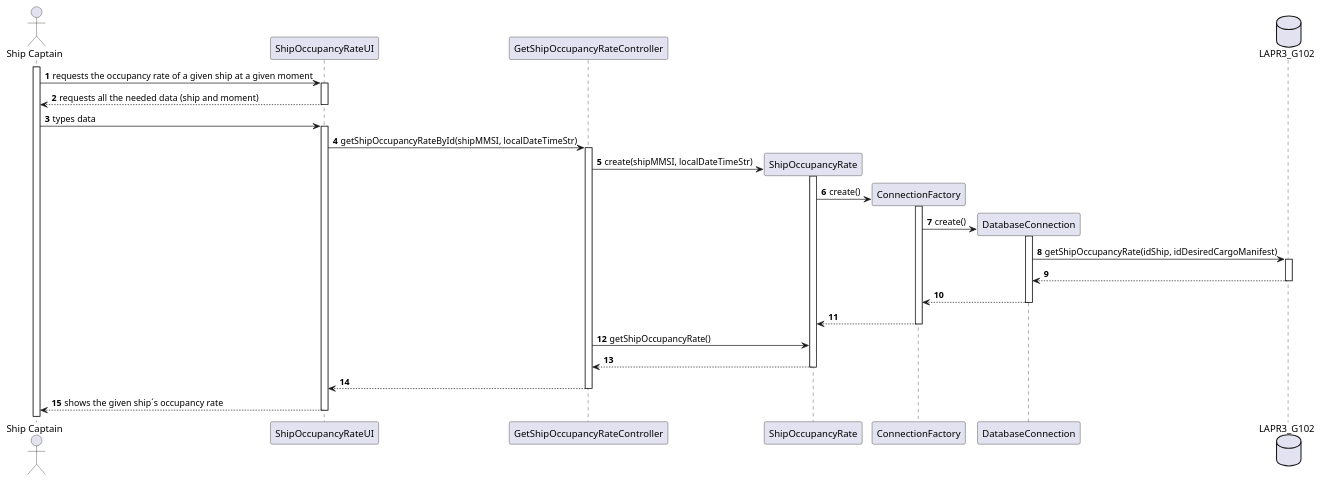
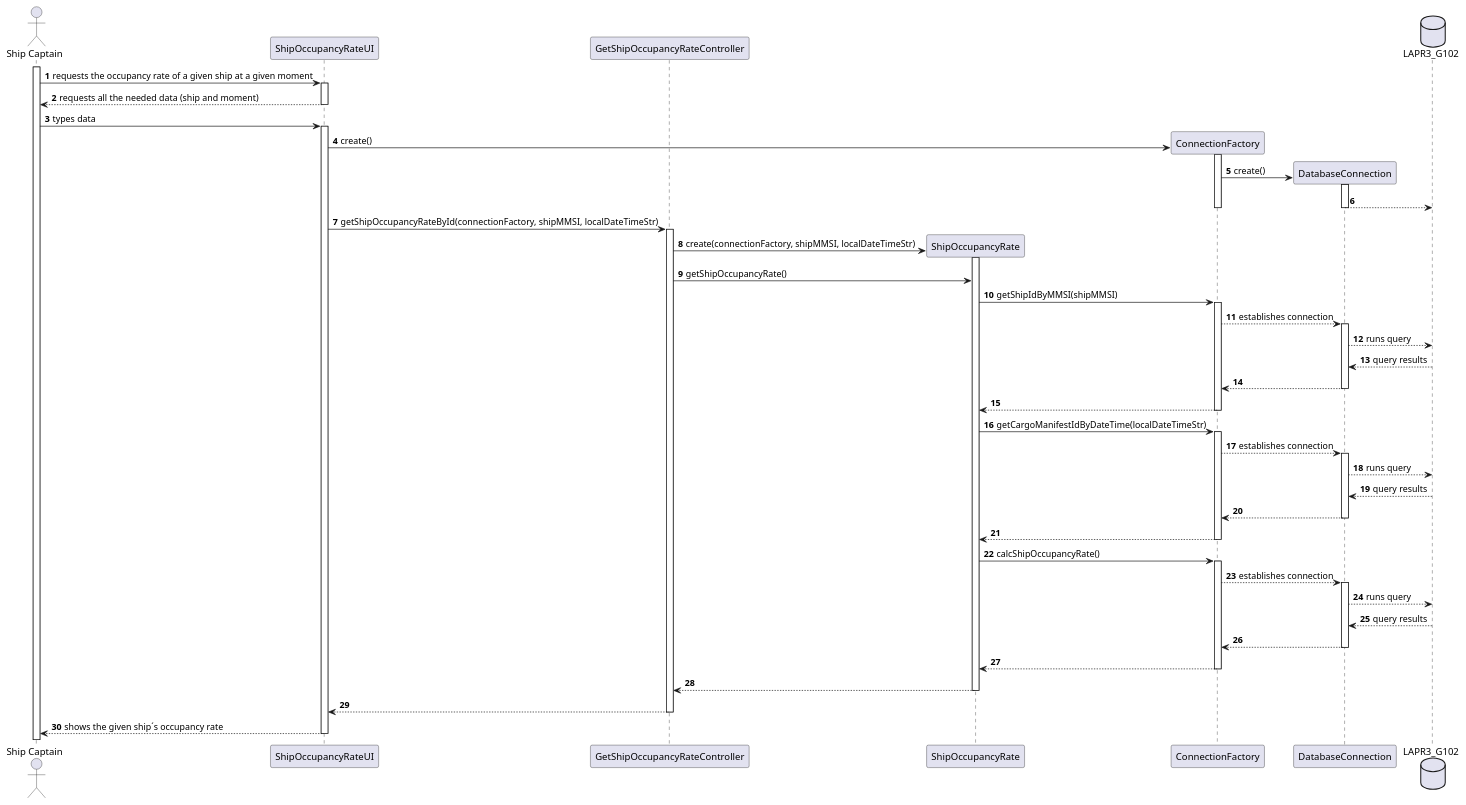
Before and after one commit to mpoboas/lapr3-2021-g102: the diagram in docs/Sprint2/US209/US209_SD.puml, drawn with PlantUML. The commit also changed 1 other file, not shown here.

```diff
--- a/docs/Sprint2/US209/US209_SD.puml
+++ b/docs/Sprint2/US209/US209_SD.puml
@@ -1,46 +1,76 @@
 @startuml
 autonumber
 'hide footbox
 
 actor "Ship Captain" as SC
 
 participant "ShipOccupancyRateUI" as UI
 participant "GetShipOccupancyRateController" as CTRL
 participant "ShipOccupancyRate" as SHIPOCCRATE
 participant ConnectionFactory as CF
 participant DatabaseConnection as DC
 database LAPR3_G102 as DB
 
 activate SC
 SC -> UI : requests the occupancy rate of a given ship at a given moment
 activate UI
 UI --> SC : requests all the needed data (ship and moment)
 deactivate UI
 
 SC -> UI : types data
 activate UI
 
-UI -> CTRL : getShipOccupancyRateById(shipMMSI, localDateTimeStr)
-activate CTRL
-CTRL -> SHIPOCCRATE** : create(shipMMSI, localDateTimeStr)
-activate SHIPOCCRATE
-SHIPOCCRATE -> CF** : create()
+UI -> CF** : create()
 activate CF
 CF -> DC** : create()
 activate DC
-DC -> DB : getShipOccupancyRate(idShip, idDesiredCargoManifest)
-activate DB
-DB --> DC
-deactivate DB
+DC --> DB
+deactivate DC
+deactivate CF
+
+UI -> CTRL : getShipOccupancyRateById(connectionFactory, shipMMSI, localDateTimeStr)
+activate CTRL
+CTRL -> SHIPOCCRATE** : create(connectionFactory, shipMMSI, localDateTimeStr)
+activate SHIPOCCRATE
+CTRL -> SHIPOCCRATE : getShipOccupancyRate()
+
+SHIPOCCRATE -> CF : getShipIdByMMSI(shipMMSI)
+activate CF
+CF --> DC : establishes connection
+activate DC
+DC --> DB : runs query
+DB --> DC : query results
+DC --> CF
+deactivate DC
+CF --> SHIPOCCRATE
+
+deactivate CF
+SHIPOCCRATE -> CF : getCargoManifestIdByDateTime(localDateTimeStr)
+activate CF
+CF --> DC : establishes connection
+activate DC
+DC --> DB : runs query
+DB --> DC : query results
 DC --> CF
 deactivate DC
 CF --> SHIPOCCRATE
 deactivate CF
-CTRL -> SHIPOCCRATE : getShipOccupancyRate()
+
+SHIPOCCRATE -> CF : calcShipOccupancyRate()
+activate CF
+CF --> DC : establishes connection
+activate DC
+DC --> DB : runs query
+DB --> DC : query results
+DC --> CF
+deactivate DC
+CF --> SHIPOCCRATE
+deactivate CF
+
 SHIPOCCRATE --> CTRL
 deactivate SHIPOCCRATE
 CTRL --> UI
 deactivate CTRL
 UI --> SC : shows the given ship´s occupancy rate
 deactivate UI
 @enduml
```
